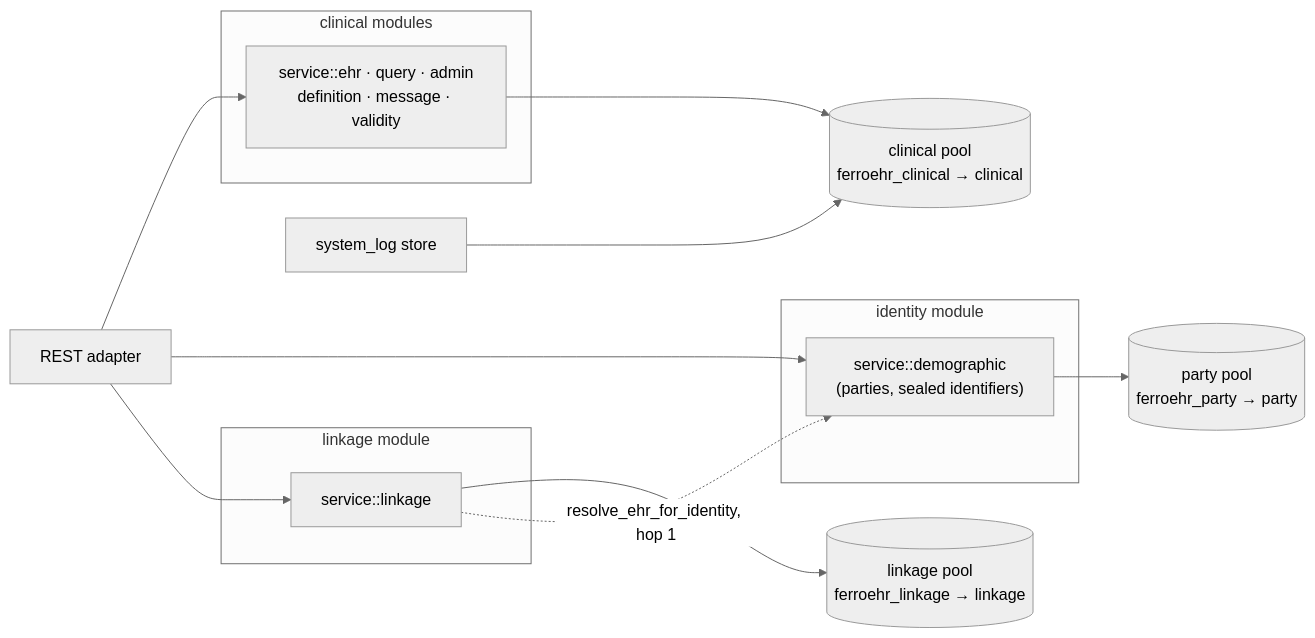
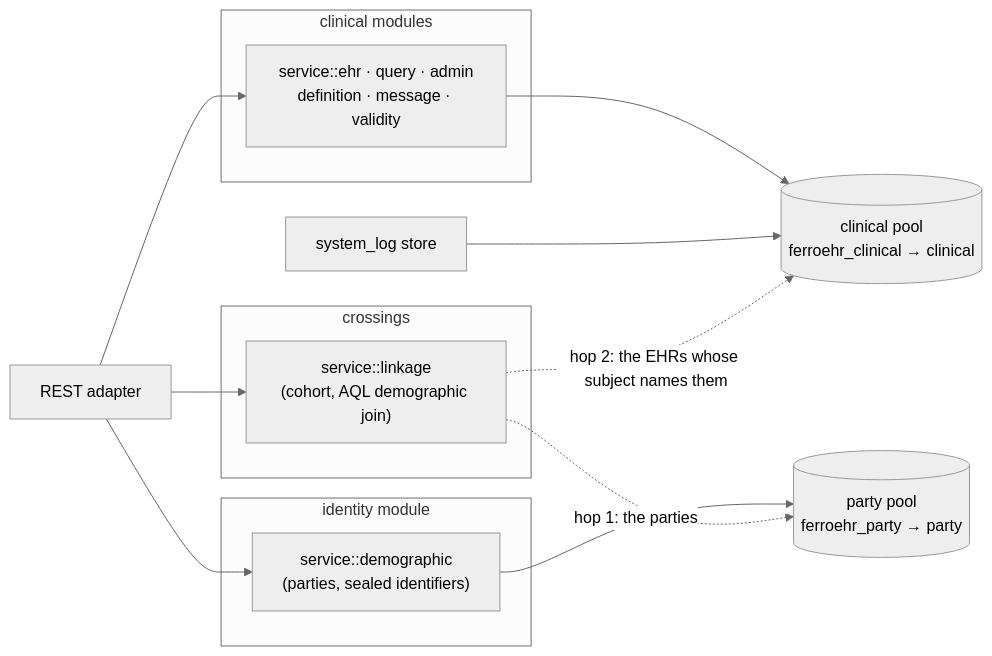
One commit to FerroHEALTH/FerroEHR changed the second of 2 diagrams in website/book/src/concepts/architecture.md. Above: the diagram before and after it, drawn with Mermaid (neutral theme). The commit also changed other lines of this file and 88 other files, not shown here.

First line of the commit message:
refactor(ferroehr): remove the empty linkage storage domain (#4690)

````diff
--- a/website/book/src/concepts/architecture.md
+++ b/website/book/src/concepts/architecture.md
@@ -113,26 +112,25 @@
 ```mermaid
 flowchart LR
     rest["REST adapter"]
     subgraph clin ["clinical modules"]
         ehrsvc["service::ehr · query · admin<br/>definition · message · validity"]
     end
     subgraph dem ["identity module"]
         demsvc["service::demographic<br/>(parties, sealed identifiers)"]
     end
-    subgraph lnk ["linkage module"]
-        lnksvc["service::linkage"]
+    subgraph lnk ["crossings"]
+        lnksvc["service::linkage<br/>(cohort, AQL demographic join)"]
     end
     audit["system_log store"]
     pc[("clinical pool<br/>ferroehr_clinical → clinical")]
     pd[("party pool<br/>ferroehr_party → party")]
-    pl[("linkage pool<br/>ferroehr_linkage → linkage")]
 
     rest --> ehrsvc
     rest --> demsvc
     rest --> lnksvc
     ehrsvc --> pc
     audit --> pc
     demsvc --> pd
-    lnksvc --> pl
-    lnksvc -. "resolve_ehr_for_identity, hop 1" .-> demsvc
+    lnksvc -. "hop 1: the parties" .-> pd
+    lnksvc -. "hop 2: the EHRs whose subject names them" .-> pc
 ```
````
